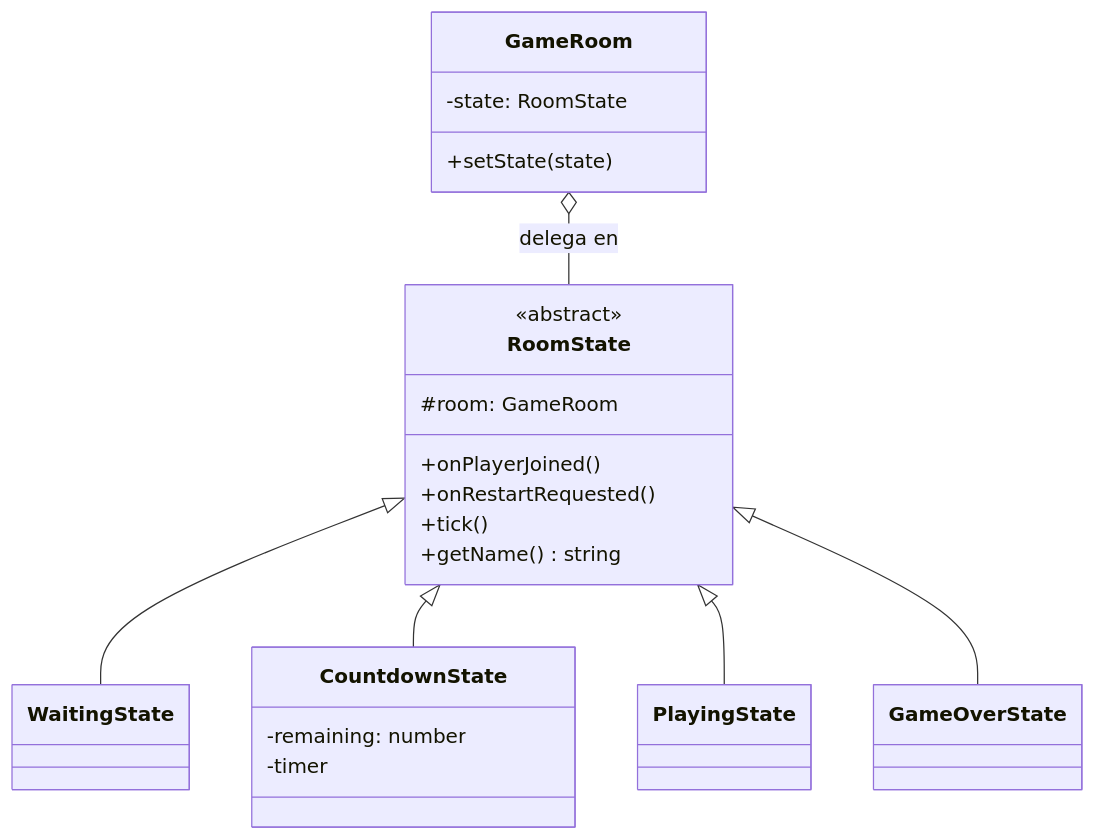
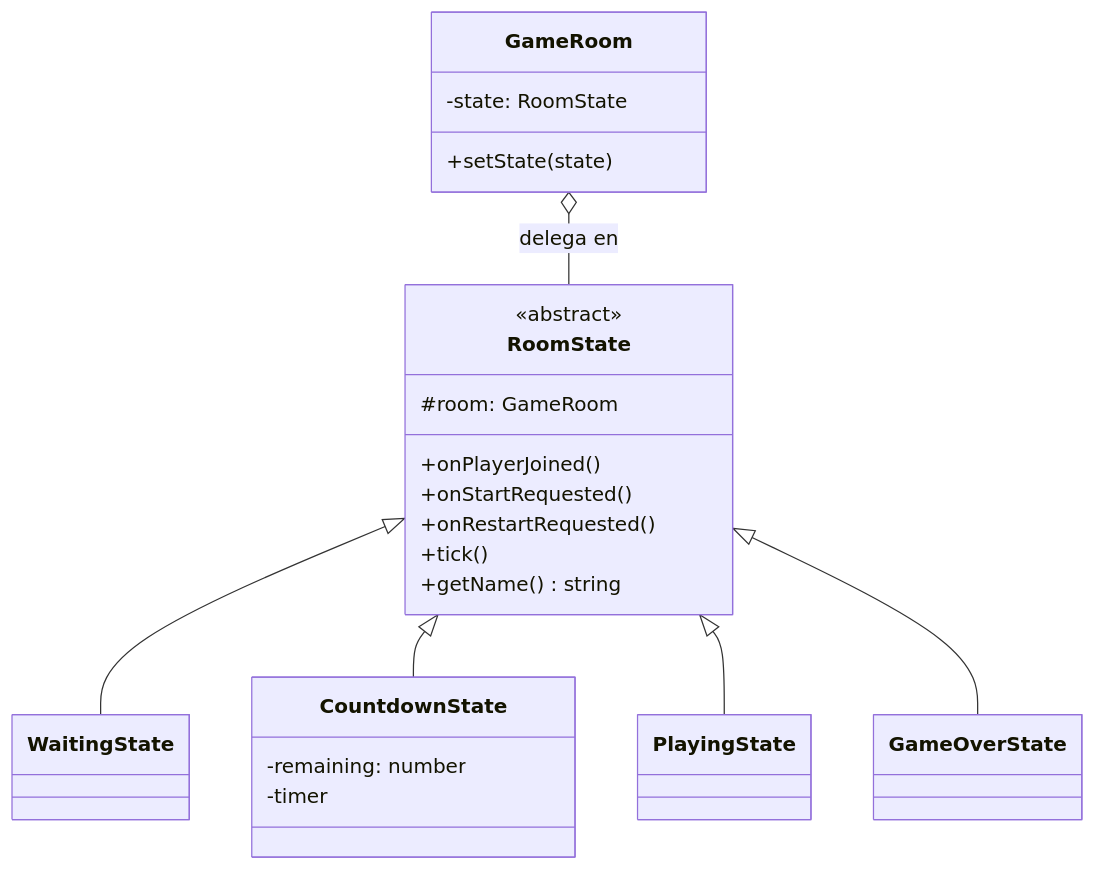
One commit to Duvanmarriaga/snakes_especializacion changed the second of 2 diagrams in snake-despues/docs/patrones/state-roomstate.md. Above: the diagram before and after it, drawn with Mermaid. The commit also changed other lines of this file and 28 other files, not shown here.

````diff
--- a/snake-despues/docs/patrones/state-roomstate.md
+++ b/snake-despues/docs/patrones/state-roomstate.md
@@ -18,28 +19,29 @@
 ```mermaid
 classDiagram
     class RoomState {
         <<abstract>>
         #room: GameRoom
         +onPlayerJoined()
+        +onStartRequested()
         +onRestartRequested()
         +tick()
         +getName() string
     }
     class WaitingState
     class CountdownState {
         -remaining: number
         -timer
     }
     class PlayingState
     class GameOverState
     class GameRoom {
         -state: RoomState
         +setState(state)
     }
 
     RoomState <|-- WaitingState
     RoomState <|-- CountdownState
     RoomState <|-- PlayingState
     RoomState <|-- GameOverState
     GameRoom o-- RoomState : delega en
 ```
````
